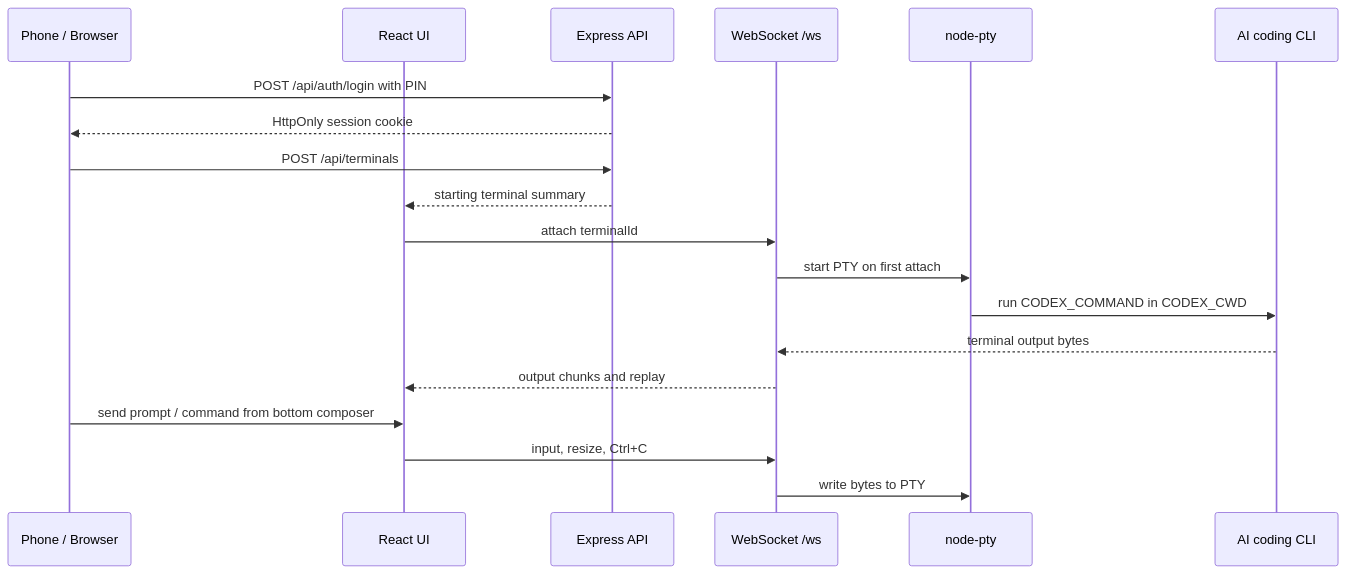
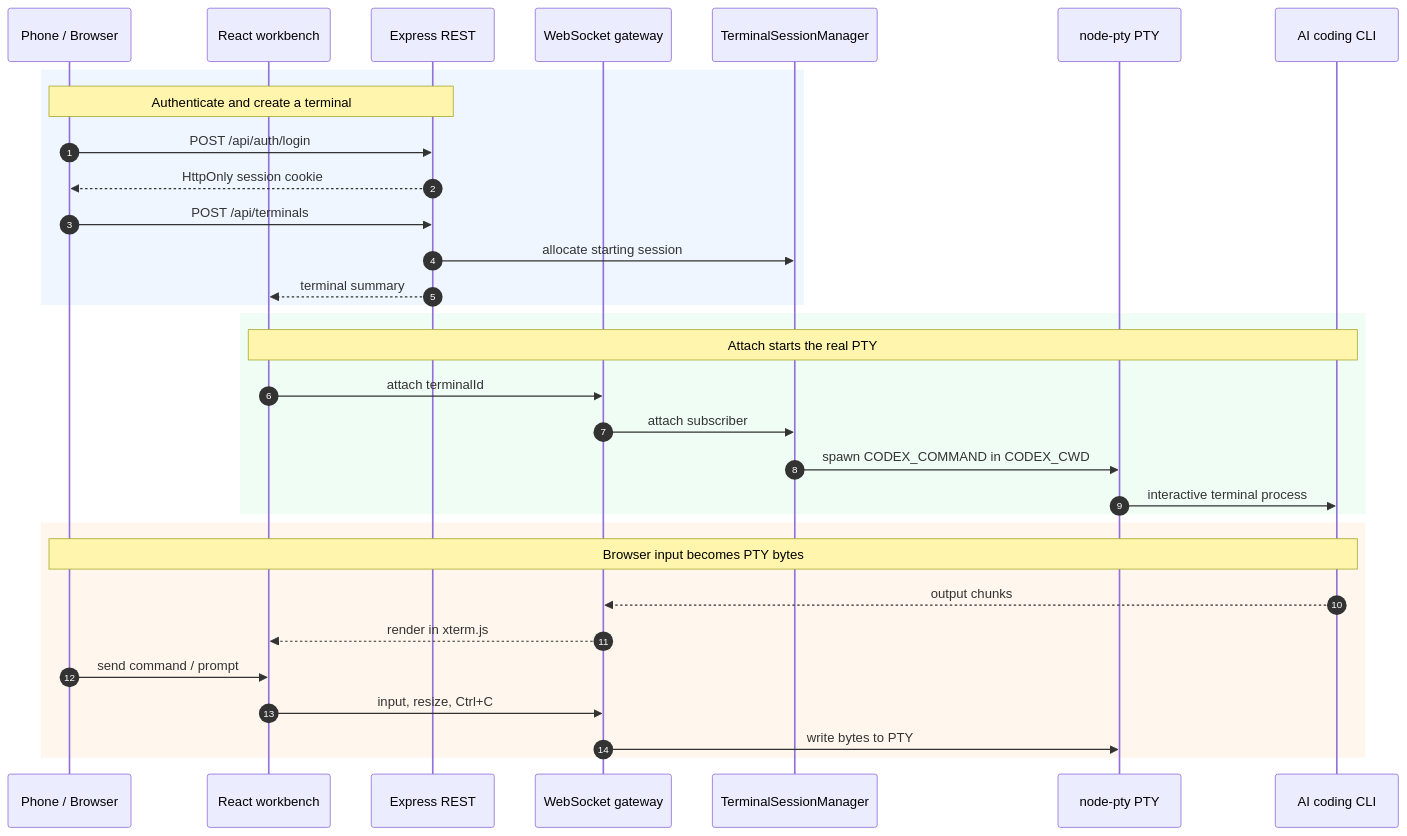
One commit to oceanusXXD/chat2ide changed the second of 2 diagrams in README.en.md. Above: the diagram before and after it, drawn with Mermaid. The commit also changed other lines of this file and 3 other files, not shown here.

Commit message:
Polish README diagrams and sanitize preview

````diff
--- a/README.en.md
+++ b/README.en.md
@@ -89,22 +111,37 @@
 ```mermaid
 sequenceDiagram
+  autonumber
   participant User as Phone / Browser
-  participant UI as React UI
-  participant API as Express API
-  participant WS as WebSocket /ws
-  participant PTY as node-pty
+  participant UI as React workbench
+  participant API as Express REST
+  participant WS as WebSocket gateway
+  participant TM as TerminalSessionManager
+  participant PTY as node-pty PTY
   participant CLI as AI coding CLI
 
-  User->>API: POST /api/auth/login with PIN
-  API-->>User: HttpOnly session cookie
-  User->>API: POST /api/terminals
-  API-->>UI: starting terminal summary
-  UI->>WS: attach terminalId
-  WS->>PTY: start PTY on first attach
-  PTY->>CLI: run CODEX_COMMAND in CODEX_CWD
-  CLI-->>WS: terminal output bytes
-  WS-->>UI: output chunks and replay
-  User->>UI: send prompt / command from bottom composer
-  UI->>WS: input, resize, Ctrl+C
-  WS->>PTY: write bytes to PTY
+  rect rgb(239, 246, 255)
+    Note over User,API: Authenticate and create a terminal
+    User->>API: POST /api/auth/login
+    API-->>User: HttpOnly session cookie
+    User->>API: POST /api/terminals
+    API->>TM: allocate starting session
+    API-->>UI: terminal summary
+  end
+
+  rect rgb(240, 253, 244)
+    Note over UI,CLI: Attach starts the real PTY
+    UI->>WS: attach terminalId
+    WS->>TM: attach subscriber
+    TM->>PTY: spawn CODEX_COMMAND in CODEX_CWD
+    PTY->>CLI: interactive terminal process
+  end
+
+  rect rgb(255, 247, 237)
+    Note over User,CLI: Browser input becomes PTY bytes
+    CLI-->>WS: output chunks
+    WS-->>UI: render in xterm.js
+    User->>UI: send command / prompt
+    UI->>WS: input, resize, Ctrl+C
+    WS->>PTY: write bytes to PTY
+  end
 ```
````
